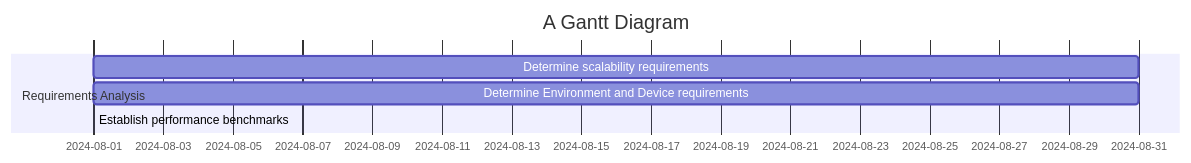
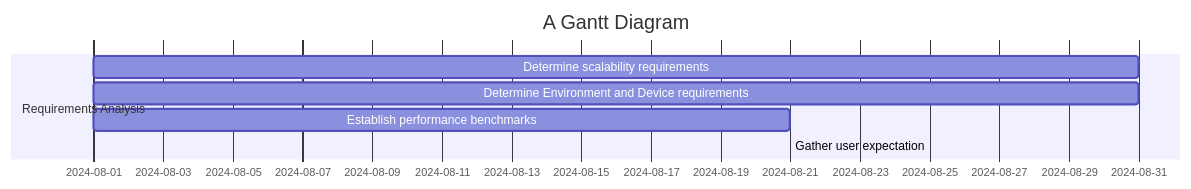
One commit to sayshelley/iodraw-files changed the diagram in all/Untitled-2.md. Above: the diagram before and after it, drawn with Mermaid.

Commit message:
2024-10-04 23:48:11 update

````diff
--- a/all/Untitled-2.md
+++ b/all/Untitled-2.md
@@ -1,19 +1,20 @@
 ```mermaid
 gantt
     title A Gantt Diagram
     dateFormat  YYYY-MM-DD
     section Requirements Analysis
         Determine scalability requirements: a1, 2024-08-01, 30d
         Determine Environment and Device requirements: a2, 2024-08-01, 30d
-        Establish performance benchmarks: a3, 2024-08-01,
+        Establish performance benchmarks: a3, 2024-08-01, 20d
+        Gather user expectation: a
         
     section Design
 
     section Develop
 
 
     
 
 
    
 ```
````
